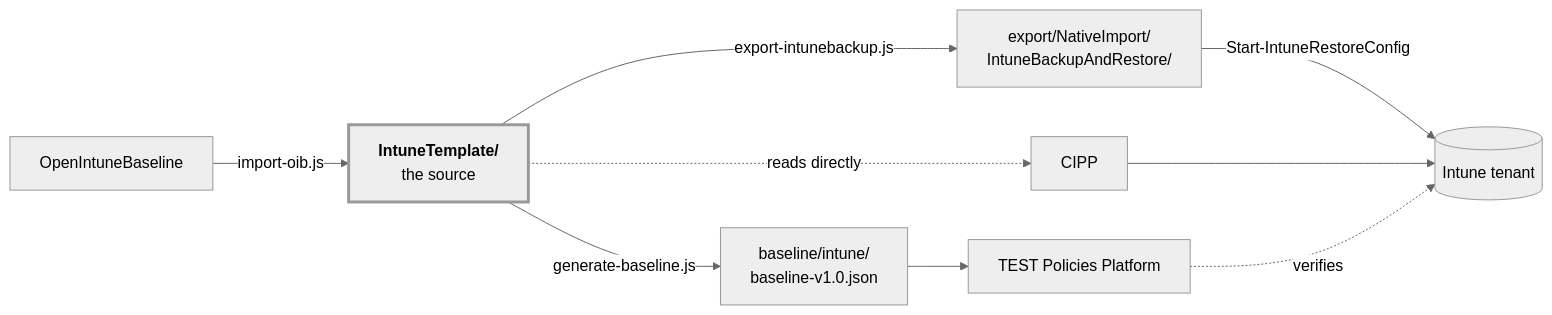
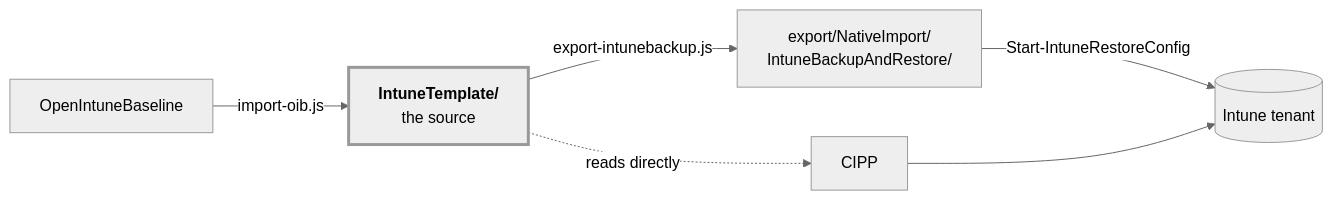
One commit to sjkanon/IntuneBackup changed the diagram in OVERZICHT.en.md. Above: the diagram before and after it, drawn with Mermaid (neutral theme). The commit also changed other lines of this file and 678 other files, not shown here.

First line of the commit message:
TEST Policies Platform eruit

````diff
--- a/OVERZICHT.en.md
+++ b/OVERZICHT.en.md
@@ -42,13 +41,10 @@
 ```mermaid
 flowchart LR
   OIB["OpenIntuneBaseline"] -->|import-oib.js| T
   T["<b>IntuneTemplate/</b><br/>the source"]
-  T -->|generate-baseline.js| BL["baseline/intune/<br/>baseline-v1.0.json"]
   T -->|export-intunebackup.js| EX["export/NativeImport/<br/>IntuneBackupAndRestore/"]
   T -.->|reads directly| CIPP[CIPP]
-  BL --> PLAT["TEST Policies Platform"]
   EX -->|Start-IntuneRestoreConfig| TENANT[("Intune tenant")]
   CIPP --> TENANT
-  PLAT -.->|verifies| TENANT
   style T stroke-width:3px
 ```
````
